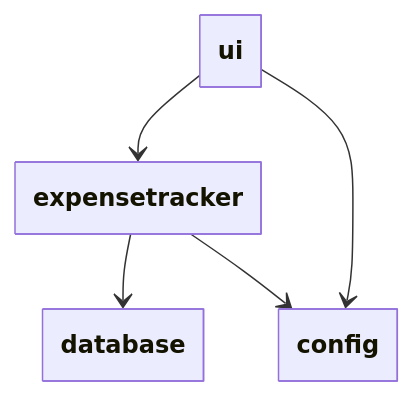
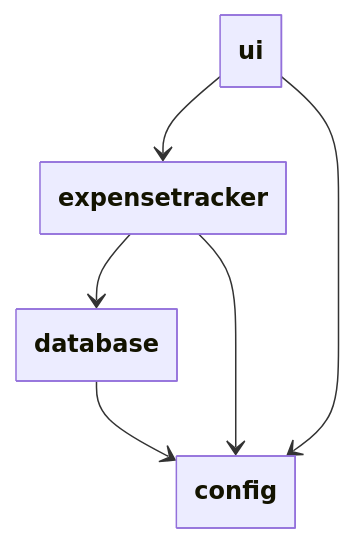
Before and after one commit to maholmlund/ot-harjoitustyo: the second of 5 diagrams in dokumentaatio/arkkitehtuuri.md, drawn with Mermaid. The commit also changed other lines of this file, not shown here.

````diff
--- a/dokumentaatio/arkkitehtuuri.md
+++ b/dokumentaatio/arkkitehtuuri.md
@@ -25,12 +35,13 @@
 ```mermaid
 ---
   config:
     class:
       hideEmptyMembersBox: true
 ---
 classDiagram
      ui --> expensetracker
      expensetracker --> database
      expensetracker --> config
      ui --> config
+     database --> config
 ```
````
